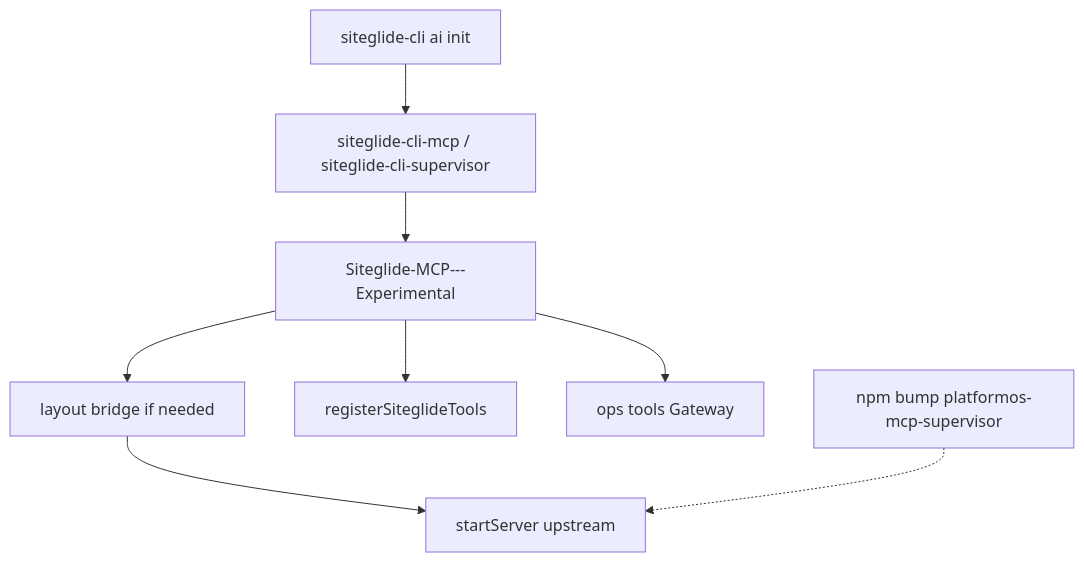
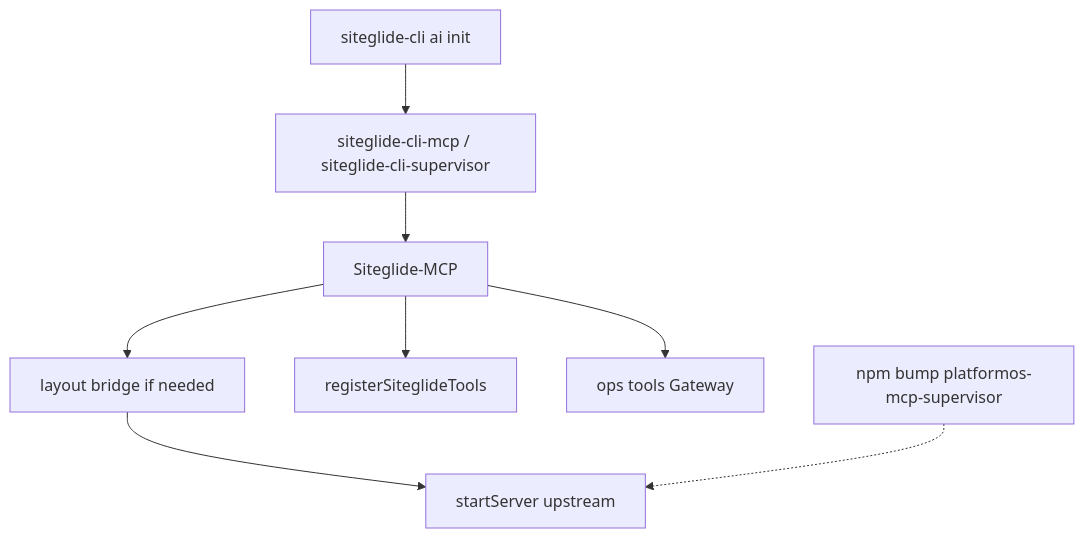
Before and after one commit to Siteglide/siteglide-cli: the second of 3 diagrams in .cursor/plans/siteglide_exec_command_940796a4.plan.md, drawn with Mermaid. The commit also changed other lines of this file and 7 other files, not shown here.

````diff
--- a/.cursor/plans/siteglide_exec_command_940796a4.plan.md
+++ b/.cursor/plans/siteglide_exec_command_940796a4.plan.md
@@ -114,11 +114,11 @@
 ```mermaid
 flowchart TB
   cliAi["siteglide-cli ai init"]
   cliAi --> bins["siteglide-cli-mcp / siteglide-cli-supervisor"]
-  bins --> pkg["Siteglide-MCP---Experimental"]
+  bins --> pkg["Siteglide-MCP"]
   pkg --> bridge["layout bridge if needed"]
   bridge --> start["startServer upstream"]
   pkg --> sg["registerSiteglideTools"]
   pkg --> ops["ops tools Gateway"]
   npmBump["npm bump platformos-mcp-supervisor"] -.-> start
 ```
````
